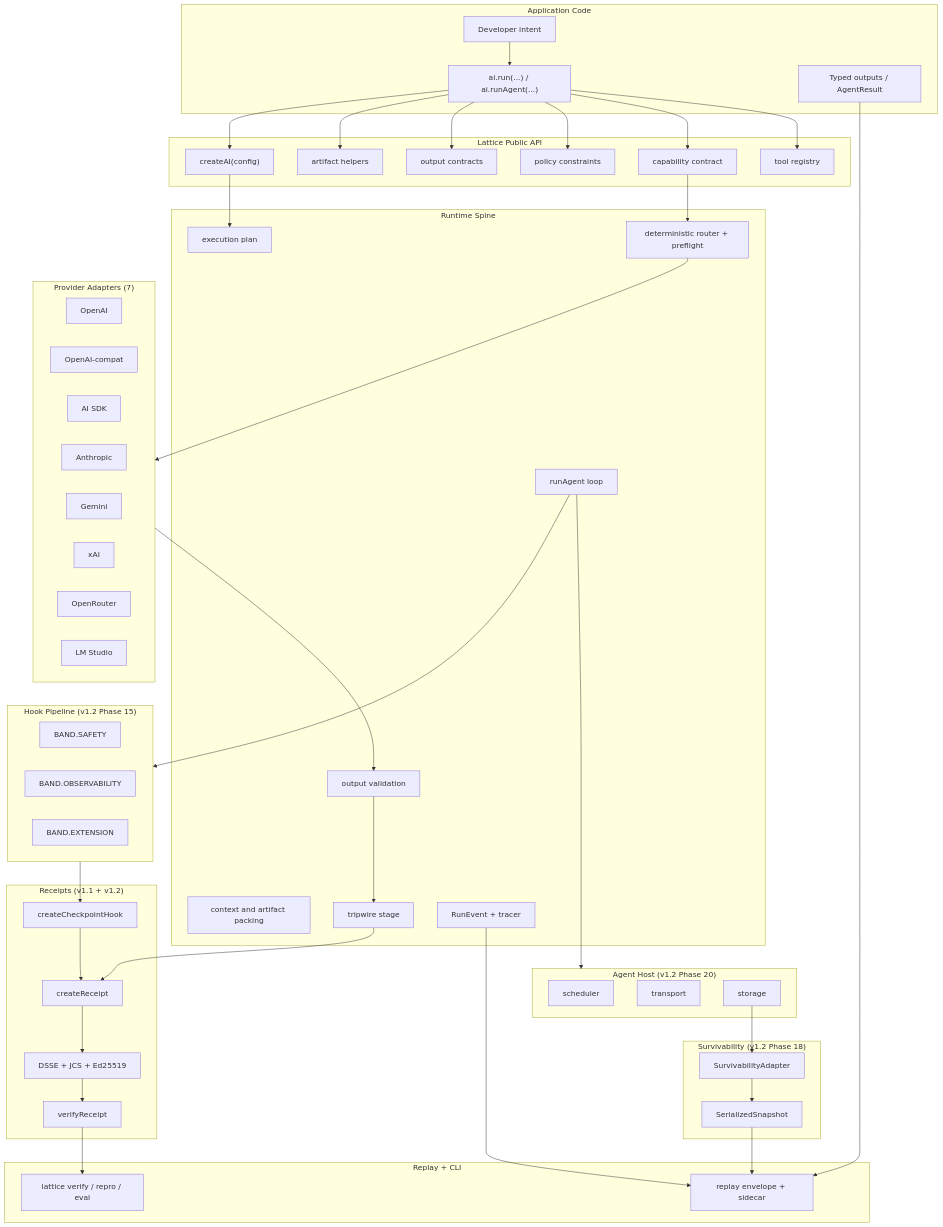
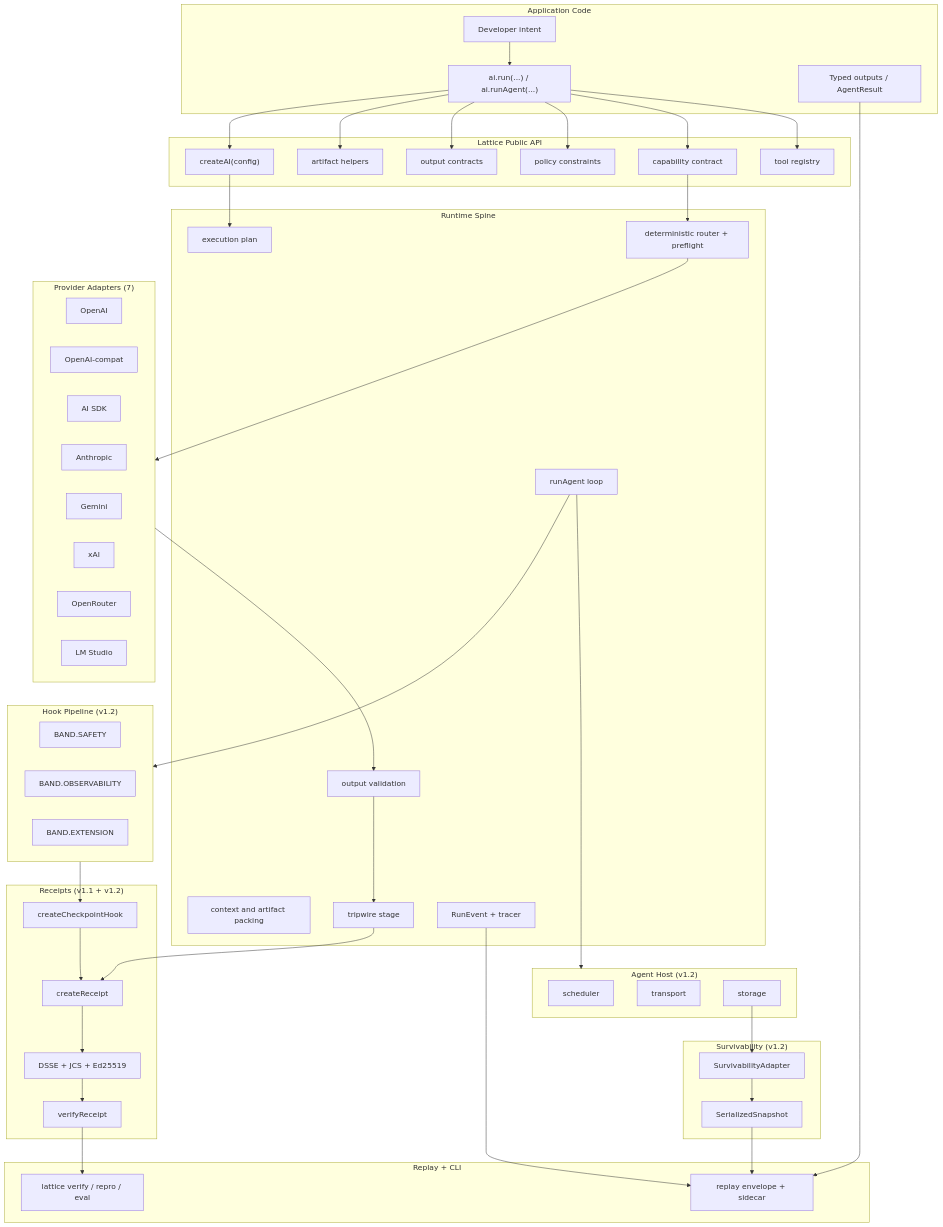
The diagram in README.md (fullselfbrowsing/Lattice), drawn with Mermaid before and after one commit. The commit also changed other lines of this file, not shown here.

```diff
--- a/README.md
+++ b/README.md
@@ -535,7 +545,7 @@
         EVENTS["RunEvent + tracer"]
     end
 
-    subgraph Hooks["Hook Pipeline (v1.2 Phase 15)"]
+    subgraph Hooks["Hook Pipeline (v1.2)"]
         SAFETY["BAND.SAFETY"]
         OBS["BAND.OBSERVABILITY"]
         EXT["BAND.EXTENSION"]
@@ -548,13 +558,13 @@
         CHECKPOINT["createCheckpointHook"]
     end
 
-    subgraph Host["Agent Host (v1.2 Phase 20)"]
+    subgraph Host["Agent Host (v1.2)"]
         SCHED["scheduler"]
         TRANS["transport"]
         STORAGE["storage"]
     end
 
-    subgraph Survive["Survivability (v1.2 Phase 18)"]
+    subgraph Survive["Survivability (v1.2)"]
         SURV["SurvivabilityAdapter"]
         SNAP["SerializedSnapshot"]
     end
```
